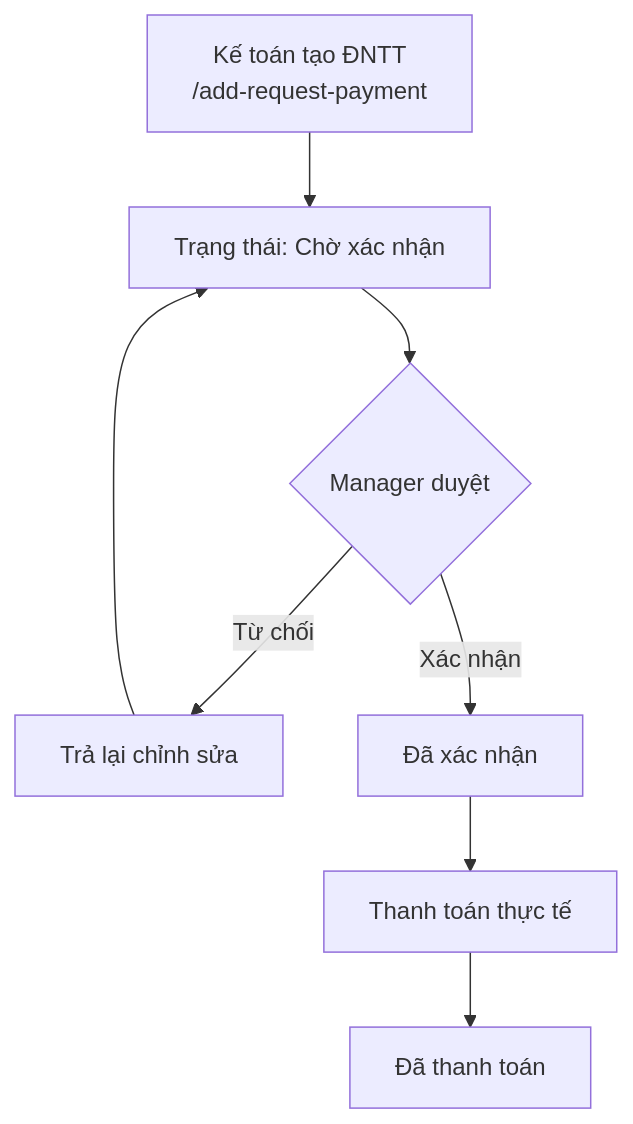
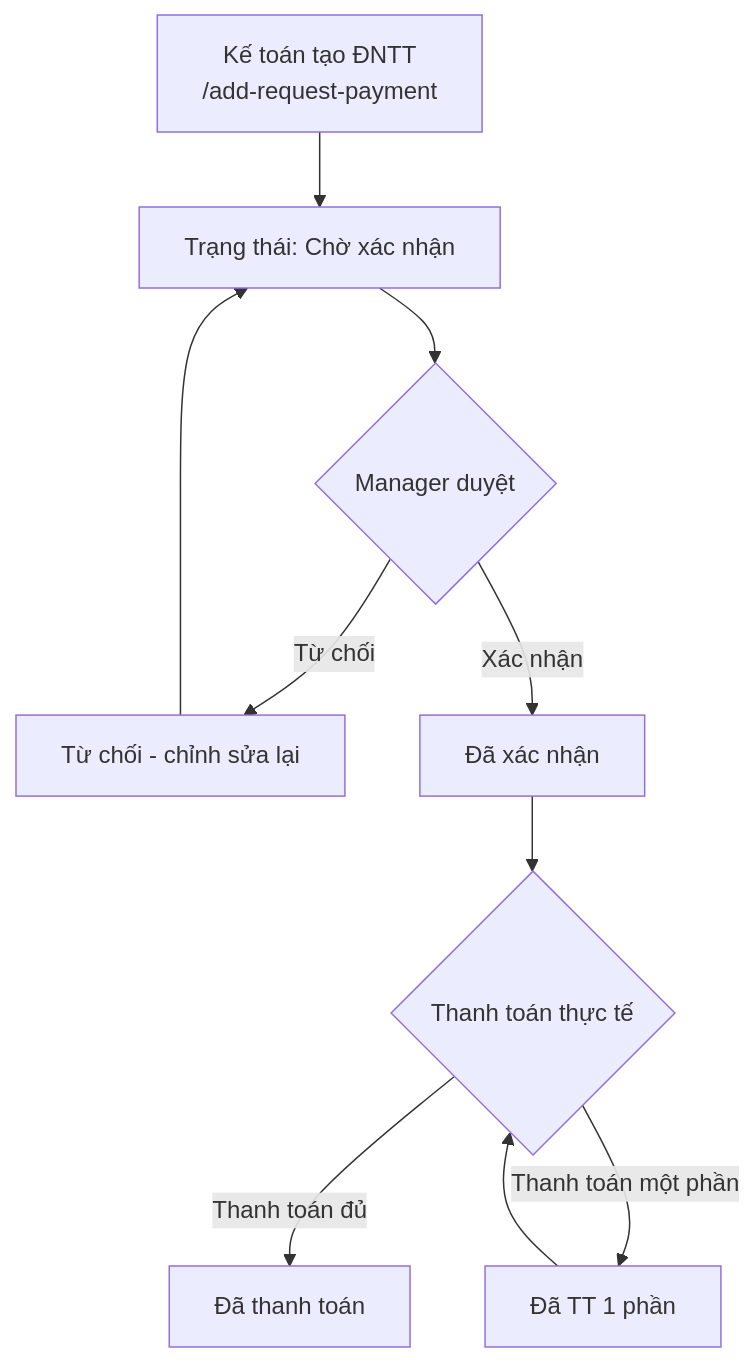
One commit to gioitrongxuan/streamhubs changed the fifth of 12 diagrams in docs/01-phan-tich-quy-trinh/workflow.md. Above: the diagram before and after it, drawn with Mermaid. The commit also changed other lines of this file and 14 other files, not shown here.

````diff
--- a/docs/01-phan-tich-quy-trinh/workflow.md
+++ b/docs/01-phan-tich-quy-trinh/workflow.md
@@ -74,10 +134,12 @@
 ```mermaid
 flowchart TD
     A[Kế toán tạo ĐNTT\n/add-request-payment] --> B[Trạng thái: Chờ xác nhận]
     B --> C{Manager duyệt}
-    C -- Từ chối --> D[Trả lại chỉnh sửa]
+    C -- Từ chối --> D[Từ chối - chỉnh sửa lại]
     D --> B
     C -- Xác nhận --> E[Đã xác nhận]
-    E --> F[Thanh toán thực tế]
-    F --> G[Đã thanh toán]
+    E --> F{Thanh toán thực tế}
+    F -- Thanh toán đủ --> G[Đã thanh toán]
+    F -- Thanh toán một phần --> H[Đã TT 1 phần]
+    H --> F
 ```
````
